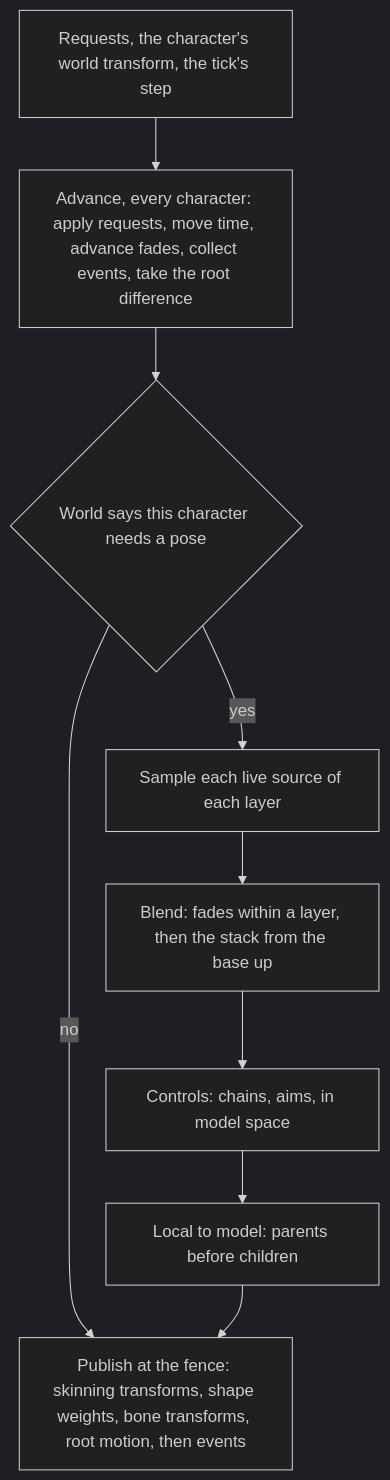
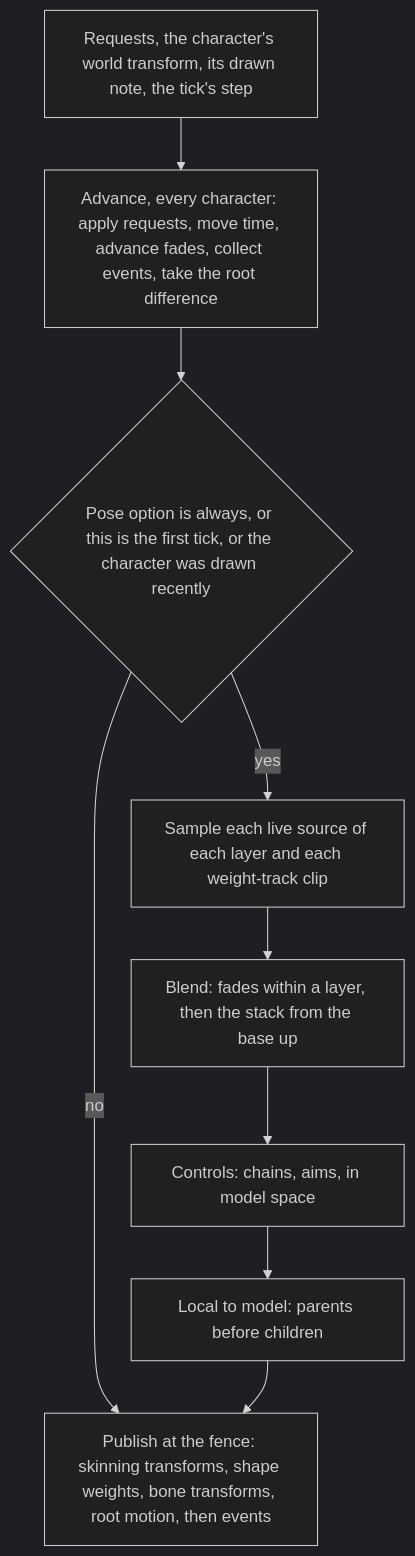
The second of 4 diagrams in docs/architecture/animation.md (plainsight-systems/bullet-witch), drawn with Mermaid (dark theme) before and after one commit. The commit also changed other lines of this file and 2 other files, not shown here.

First line of the commit message:
State which characters are posed: a pose option per character and a drawn bit per skinned instance the scene reads back

````diff
--- a/docs/architecture/animation.md
+++ b/docs/architecture/animation.md
@@ -142,11 +156,11 @@
 ```mermaid
 flowchart TD
-    RQ["Requests, the character's world transform, the tick's step"] --> AD["Advance, every character: apply requests, move time, advance fades, collect events, take the root difference"]
-    AD --> NP{"World says this character needs a pose"}
+    RQ["Requests, the character's world transform, its drawn note, the tick's step"] --> AD["Advance, every character: apply requests, move time, advance fades, collect events, take the root difference"]
+    AD --> NP{"Pose option is always, or this is the first tick, or the character was drawn recently"}
     NP -- no --> PB
-    NP -- yes --> SM["Sample each live source of each layer"]
+    NP -- yes --> SM["Sample each live source of each layer and each weight-track clip"]
     SM --> BL["Blend: fades within a layer, then the stack from the base up"]
     BL --> CN["Controls: chains, aims, in model space"]
     CN --> LM["Local to model: parents before children"]
     LM --> PB["Publish at the fence: skinning transforms, shape weights, bone transforms, root motion, then events"]
 ```
````
